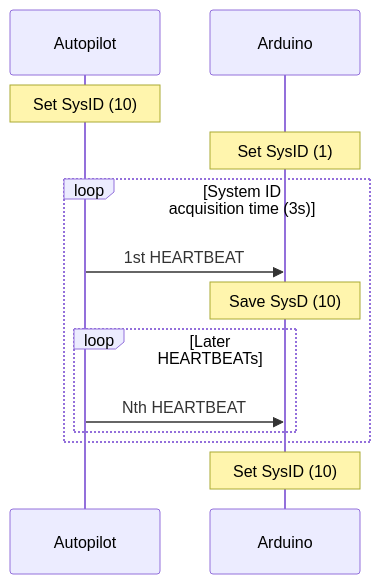
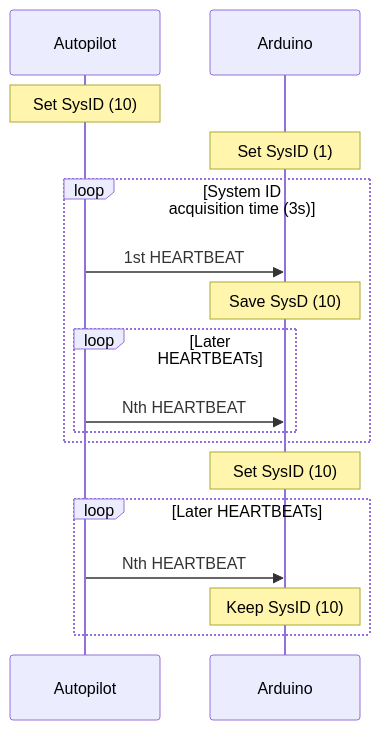
The first of 2 diagrams in examples/SystemIDProtocol/README.md (LEGIONBOSS/mavlink-arduino), drawn with Mermaid before and after one commit. The commit also changed other lines of this file, not shown here.

````diff
--- a/examples/SystemIDProtocol/README.md
+++ b/examples/SystemIDProtocol/README.md
@@ -7,16 +7,20 @@
 ```mermaid
 sequenceDiagram
     participant AP as Autopilot
     participant AR as Arduino
 
     note over AP: Set SysID (10)
     note over AR: Set SysID (1)
     loop System ID acquisition time (3s)
         AP ->> AR: 1st HEARTBEAT
         note over AR: Save SysD (10)
         loop Later HEARTBEATs
             AP ->> AR: Nth HEARTBEAT
         end
     end
     note over AR: Set SysID (10)
+    loop Later HEARTBEATs
+        AP ->> AR: Nth HEARTBEAT
+        note over AR: Keep SysID (10)
+    end
 ```
````
